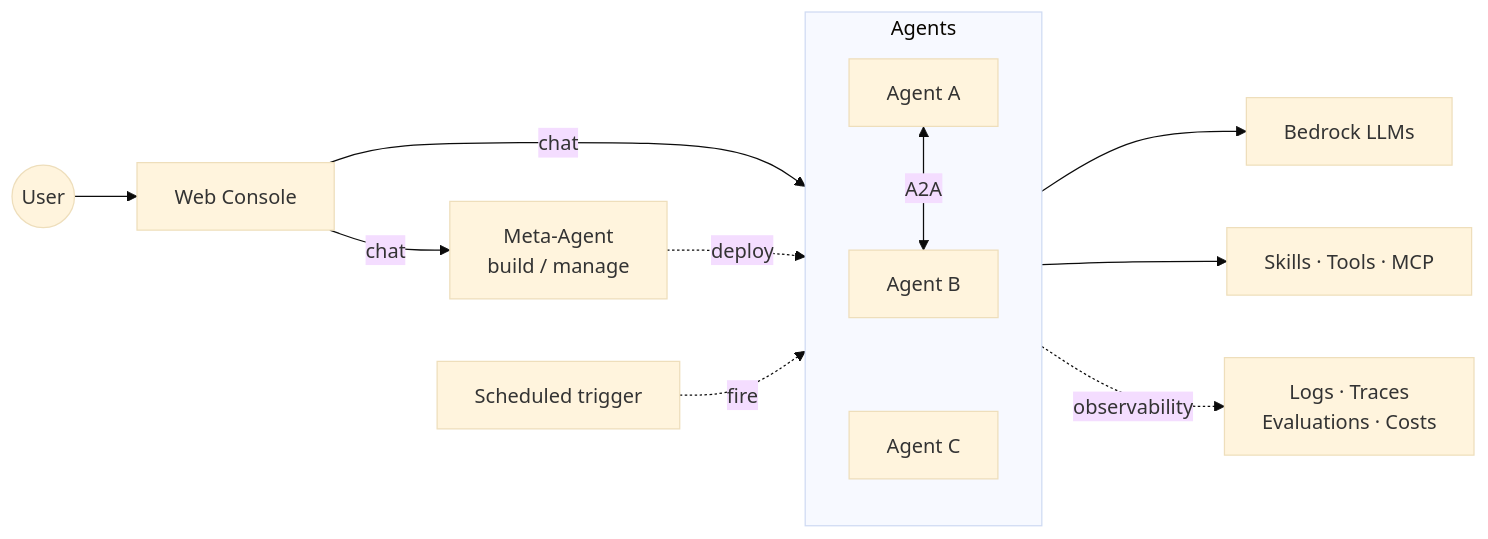
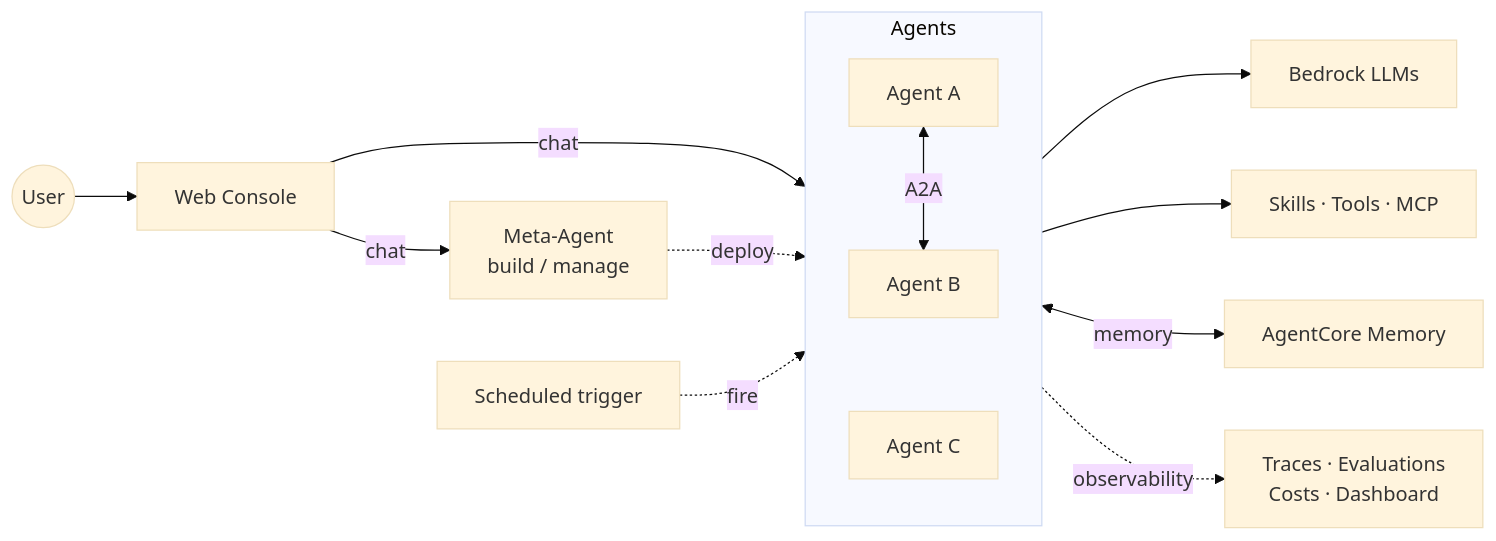
Before and after one commit to ddpie/agent-studio: the second of 2 diagrams in README.md, drawn with Mermaid (base theme). The commit also changed other lines of this file, not shown here.

Commit message:
docs(readme): add cross-session memory and observability dashboard to feature list

````diff
--- a/README.md
+++ b/README.md
@@ -111,19 +114,20 @@
 ```mermaid
 graph LR
     User((User)) --> Web[Web Console]
     Cron[Scheduled trigger]
     Web -->|chat| Meta[Meta-Agent<br/>build / manage]
 
     subgraph Agents
         direction TB
         A1[Agent A] <-->|A2A| A2[Agent B]
         A2 ~~~ A3[Agent C]
     end
 
     Web -->|chat| Agents
     Meta -.deploy.-> Agents
     Cron -.fire.-> Agents
     Agents --> LLM[Bedrock LLMs]
     Agents --> Ext[Skills · Tools · MCP]
-    Agents -.observability.-> Obs[Logs · Traces<br/>Evaluations · Costs]
+    Agents <-->|memory| Mem[AgentCore Memory]
+    Agents -.observability.-> Obs[Traces · Evaluations<br/>Costs · Dashboard]
 ```
````
